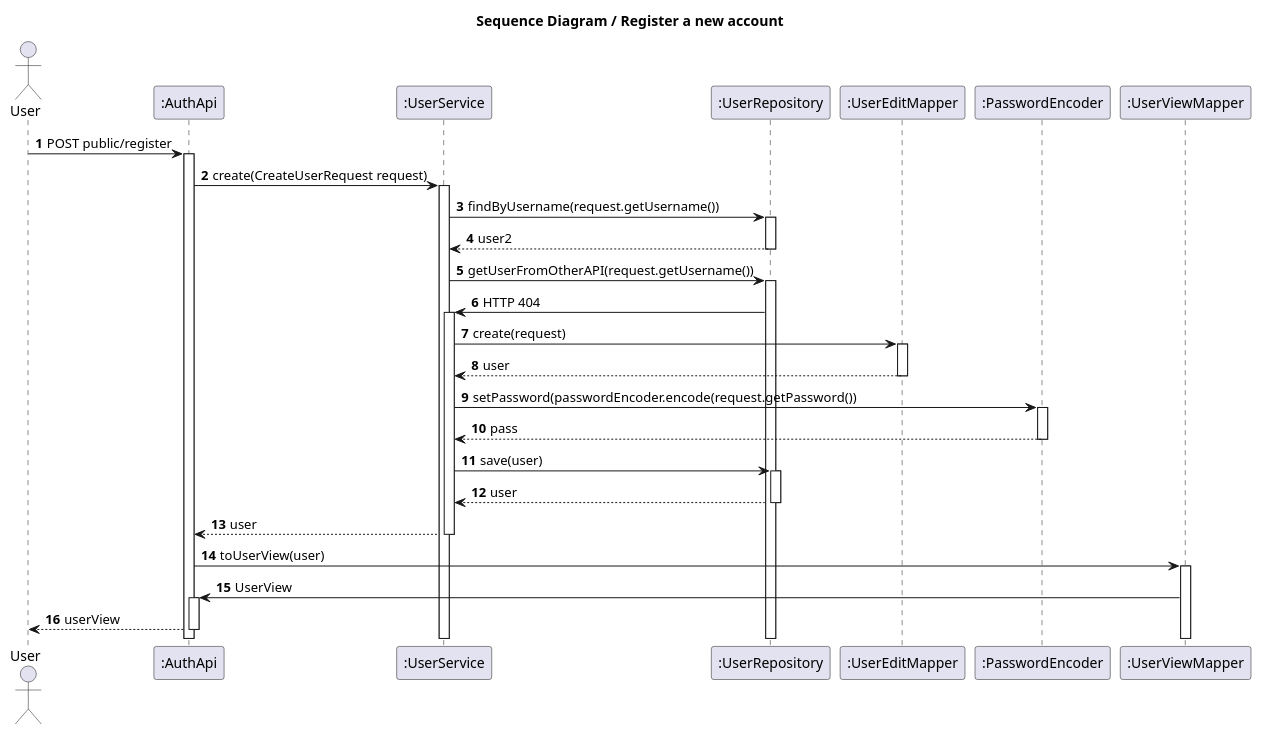
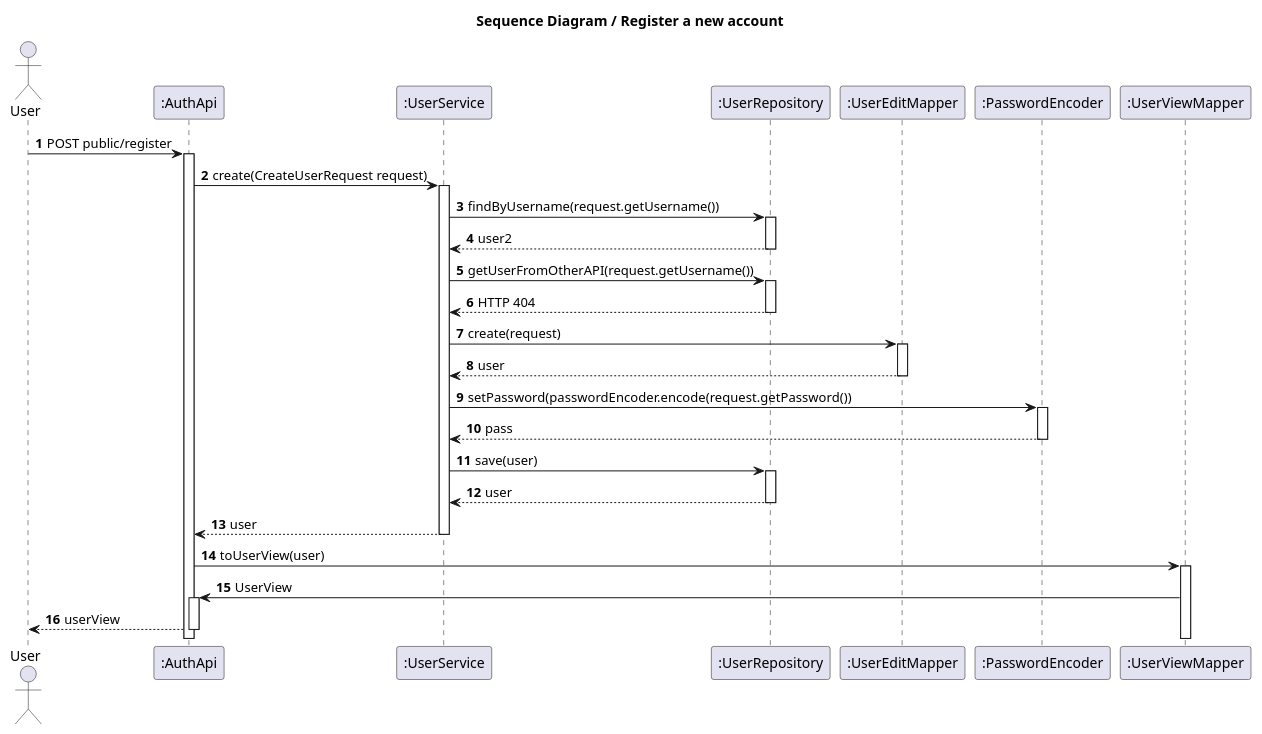
Before and after one commit to IsepMartimOliveira/SIDIS: the diagram in docs_sidis/Users/US02/SD.puml, drawn with PlantUML. The commit also changed 20 other files, not shown here.

```diff
--- a/docs_sidis/Users/US02/SD.puml
+++ b/docs_sidis/Users/US02/SD.puml
@@ -1,41 +1,41 @@
 @startuml
 'https://plantuml.com/sequence-diagram
 autoactivate on
 autonumber
 title  Sequence Diagram / Register a new account
 
 autonumber
 
 actor "User" as Ac
 participant ":AuthApi" as Auth
 participant ":UserService" as Serv
 participant ":UserRepository" as Repo
 participant ":UserEditMapper" as Mapper
 participant ":PasswordEncoder" as Pass
 participant ":UserViewMapper" as View
 
 Ac->Auth:POST public/register
 Auth->Serv:create(CreateUserRequest request)
 Serv->Repo:findByUsername(request.getUsername())
 Repo-->Serv:user2
 Serv->Repo:getUserFromOtherAPI(request.getUsername())
-Repo->Serv:HTTP 404
+Repo-->Serv:HTTP 404
 Serv->Mapper:create(request)
 Mapper-->Serv:user
 Serv->Pass:setPassword(passwordEncoder.encode(request.getPassword())
 Pass-->Serv:pass
 Serv->Repo:save(user)
 Repo-->Serv:user
 Serv-->Auth:user
 Auth->View:toUserView(user)
 View->Auth:UserView
 Auth-->Ac:userView
 
 
 
 
 
 
 
 
 @enduml
```
